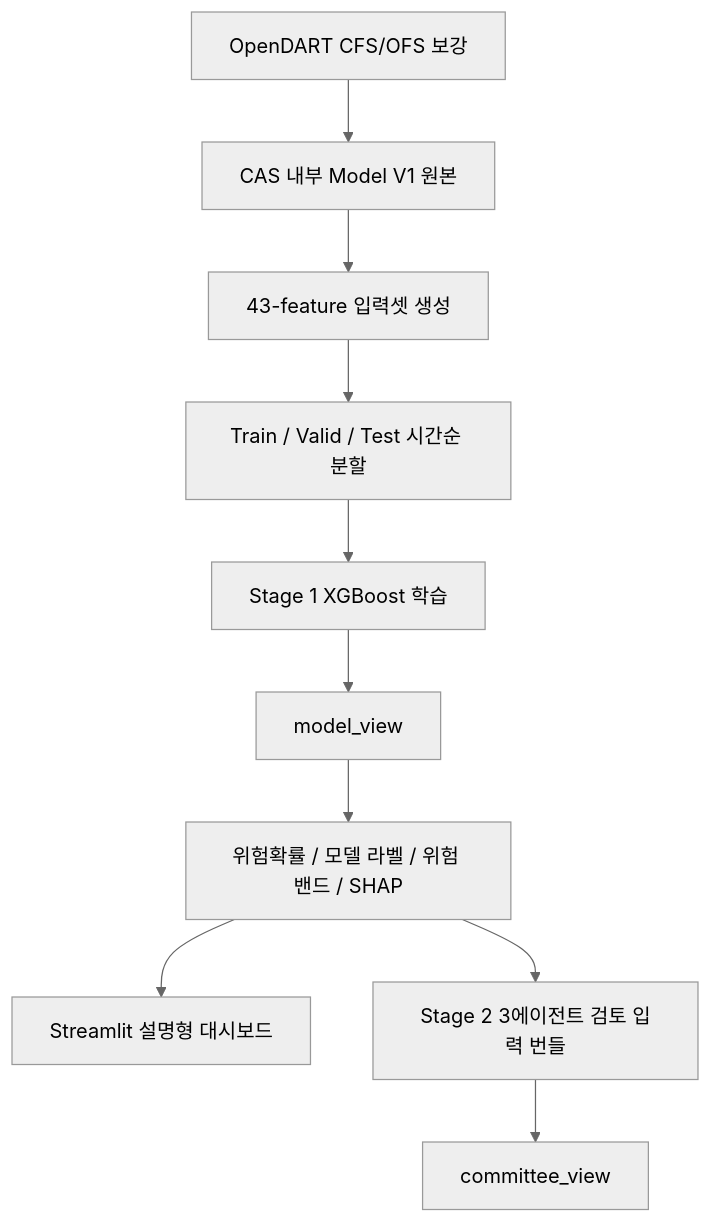
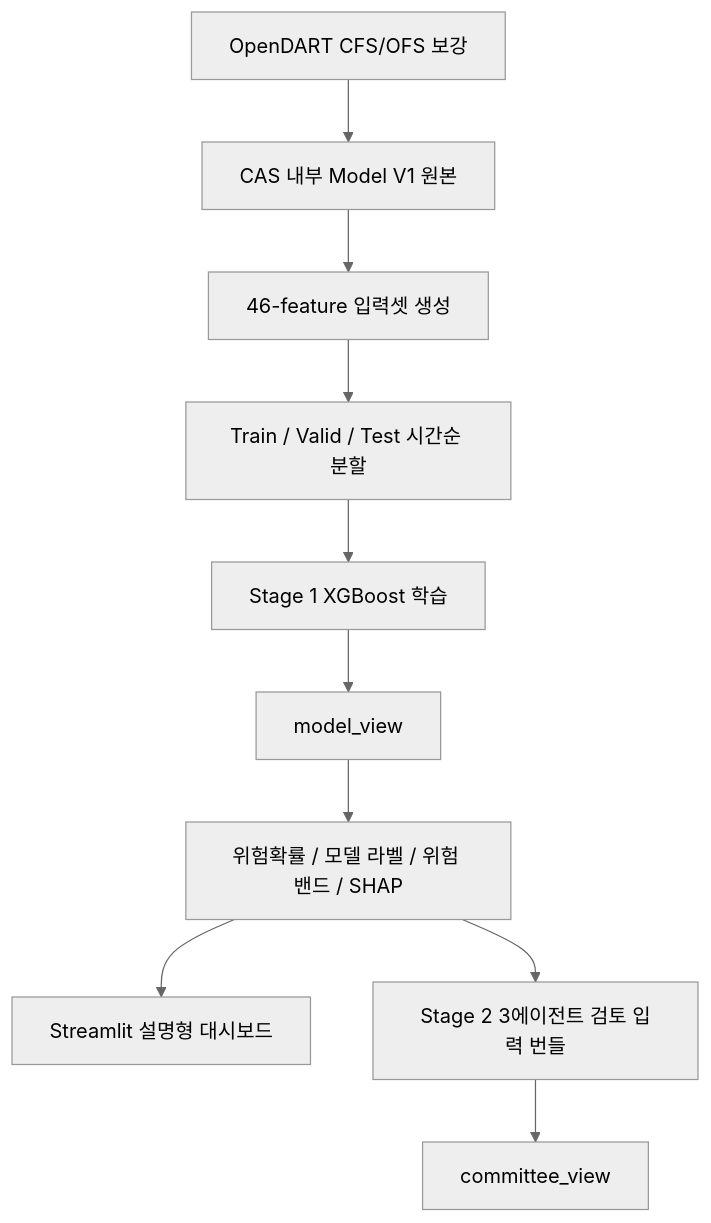
Before and after one commit to LADTO-develop/Corporate-Analysis-System: the diagram in README.md, drawn with Mermaid (neutral theme). The commit also changed other lines of this file and 407 other files, not shown here.

````diff
--- a/README.md
+++ b/README.md
@@ -161,12 +162,12 @@
 ```mermaid
 flowchart TD
-    A["CAS 내부 Model V1 원본"] --> B["43-feature 입력셋 생성"]
+    A["CAS 내부 Model V1 원본"] --> B["46-feature 입력셋 생성"]
     A1["OpenDART CFS/OFS 보강"] --> A
     B --> C["Train / Valid / Test 시간순 분할"]
     C --> D["Stage 1 XGBoost 학습"]
     D --> E["model_view"]
     E --> F["위험확률 / 모델 라벨 / 위험 밴드 / SHAP"]
     F --> G["Streamlit 설명형 대시보드"]
     F --> H["Stage 2 3에이전트 검토 입력 번들"]
     H --> I["committee_view"]
 ```
````
